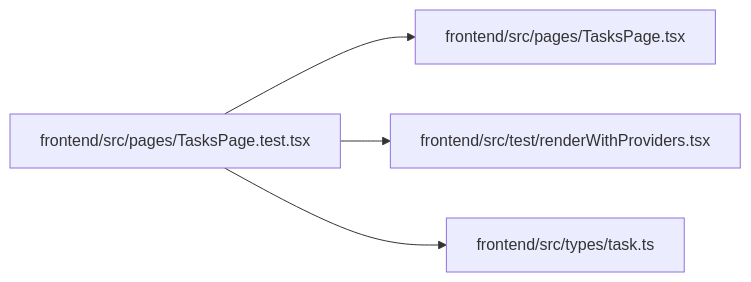
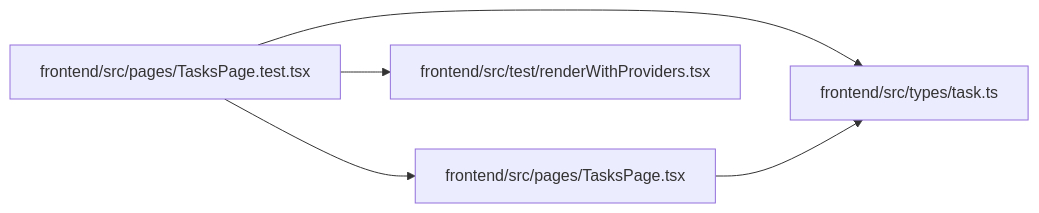
The diagram in docs/llm_wiki/modules/TasksPage.test.md (Denissvgn/WorkChord), drawn with Mermaid before and after one commit. The commit also changed other lines of this file and 375 other files, not shown here.

````diff
--- a/docs/llm_wiki/modules/TasksPage.test.md
+++ b/docs/llm_wiki/modules/TasksPage.test.md
@@ -33,14 +33,15 @@
 ```mermaid
 flowchart LR
     n0["frontend/src/pages/TasksPage.test.tsx"]
     n1["frontend/src/pages/TasksPage.tsx"]
     n2["frontend/src/test/renderWithProviders.tsx"]
     n3["frontend/src/types/task.ts"]
     n0 --> n1
     n0 --> n2
     n0 --> n3
+    n1 --> n3
     click n0 "../modules/TasksPage.test.md"
     click n1 "../modules/TasksPage.md"
     click n2 "../modules/renderWithProviders.md"
     click n3 "../modules/types_task.md"
 ```
````
